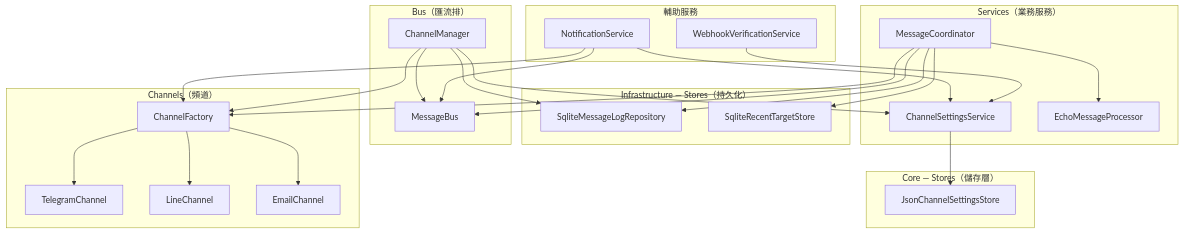
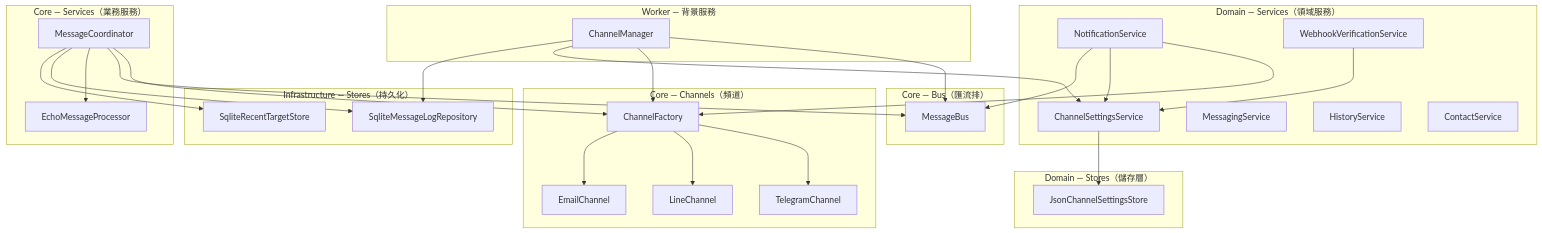
One commit to bruceagentadmin/MessageHub changed the diagram in src/MessageHub.Core/docs/07-dependency-injection.md. Above: the diagram before and after it, drawn with Mermaid. The commit also changed other lines of this file and 14 other files, not shown here.

````diff
--- a/src/MessageHub.Core/docs/07-dependency-injection.md
+++ b/src/MessageHub.Core/docs/07-dependency-injection.md
@@ -61,57 +85,63 @@
 ```mermaid
 graph TB
-    subgraph "Core — Stores（儲存層）"
+    subgraph "Domain — Stores（儲存層）"
         S3[JsonChannelSettingsStore]
     end
 
     subgraph "Infrastructure — Stores（持久化）"
         IS1[SqliteMessageLogRepository]
         IS2[SqliteRecentTargetStore]
     end
 
-    subgraph "Channels（頻道）"
+    subgraph "Core — Channels（頻道）"
         C1[TelegramChannel]
         C2[LineChannel]
         C3[EmailChannel]
         CF[ChannelFactory]
     end
 
-    subgraph "Bus（匯流排）"
+    subgraph "Core — Bus（匯流排）"
         MB[MessageBus]
+    end
+
+    subgraph "Worker — 背景服務"
         CM[ChannelManager]
     end
 
-    subgraph "Services（業務服務）"
-        CSS[ChannelSettingsService]
+    subgraph "Core — Services（業務服務）"
         EMP[EchoMessageProcessor]
         MC[MessageCoordinator]
     end
 
-    subgraph "輔助服務"
+    subgraph "Domain — Services（領域服務）"
+        CSS[ChannelSettingsService]
         NS[NotificationService]
         WVS[WebhookVerificationService]
+        MS[MessagingService]
+        HS[HistoryService]
+        CS[ContactService]
     end
 
     CF --> C1
     CF --> C2
     CF --> C3
 
     CM --> MB
     CM --> CF
     CM --> CSS
     CM --> IS1
 
     MC --> CF
     MC --> MB
     MC --> EMP
     MC --> IS1
     MC --> IS2
 
     CSS --> S3
 
     NS --> CF
     NS --> CSS
     NS --> MB
 
     WVS --> CSS
 ```
````
